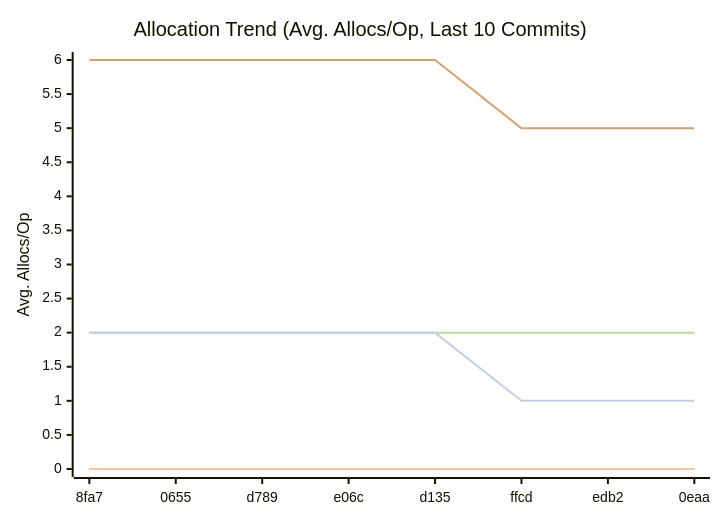
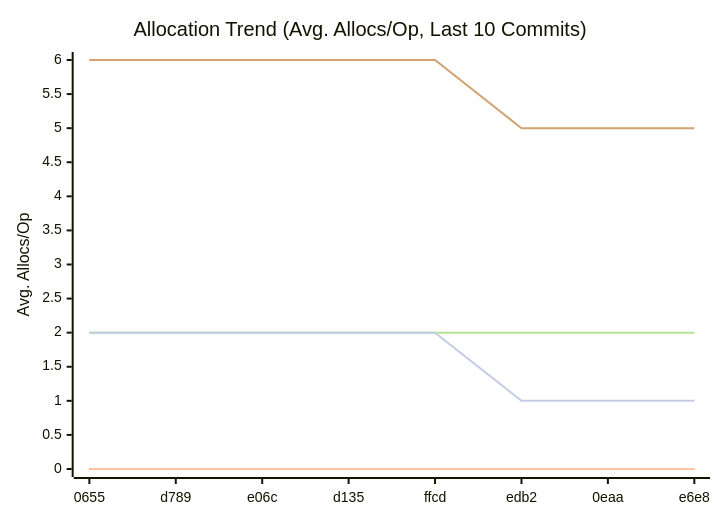
One commit to alsotoes/momo changed the third of 3 diagrams in docs/README.md. Above: the diagram before and after it, drawn with Mermaid. The commit also changed other lines of this file and 1 other file, not shown here.

````diff
--- a/docs/README.md
+++ b/docs/README.md
@@ -333,14 +333,14 @@
 ```mermaid
 xychart-beta
     title "Allocation Trend (Avg. Allocs/Op, Last 10 Commits)"
     x-axis "Commit"
     y-axis "Avg. Allocs/Op"
-    x-axis [8fa7,0655,d789,e06c,d135,ffcd,edb2,0eaa]
+    x-axis [0655,d789,e06c,d135,ffcd,edb2,0eaa,e6e8]
     line "CheckMetricsAndSwap" [0,0,0,0,0,0,0,0,0,0]
     line "IndexDirectTracking" [0,0,0,0,0,0,0,0,0,0]
     line "IndexSearch" [0,0,0,0,0,0,0,0,0,0]
     line "LoadGlobalConfig" [2,2,2,2,2,2,2,2,2,2]
     line "PadString" [2,2,2,2,2,2,2,2,2,2]
     line "ParseReplicationOrder_NoPrealloc" [6,6,6,6,6,5,5,5,5,5]
     line "ParseReplicationOrder_Prealloc" [2,2,2,2,2,1,1,1,1,1]
 ```
````
